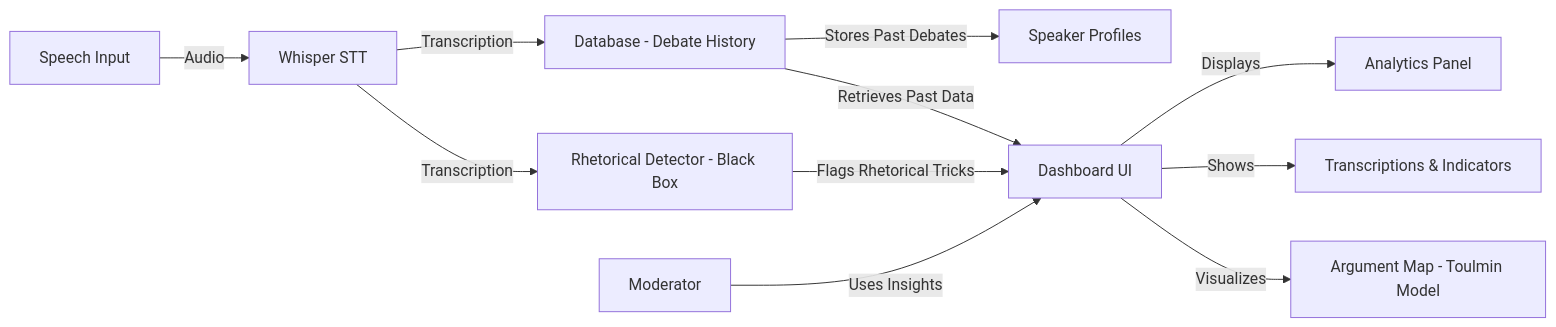
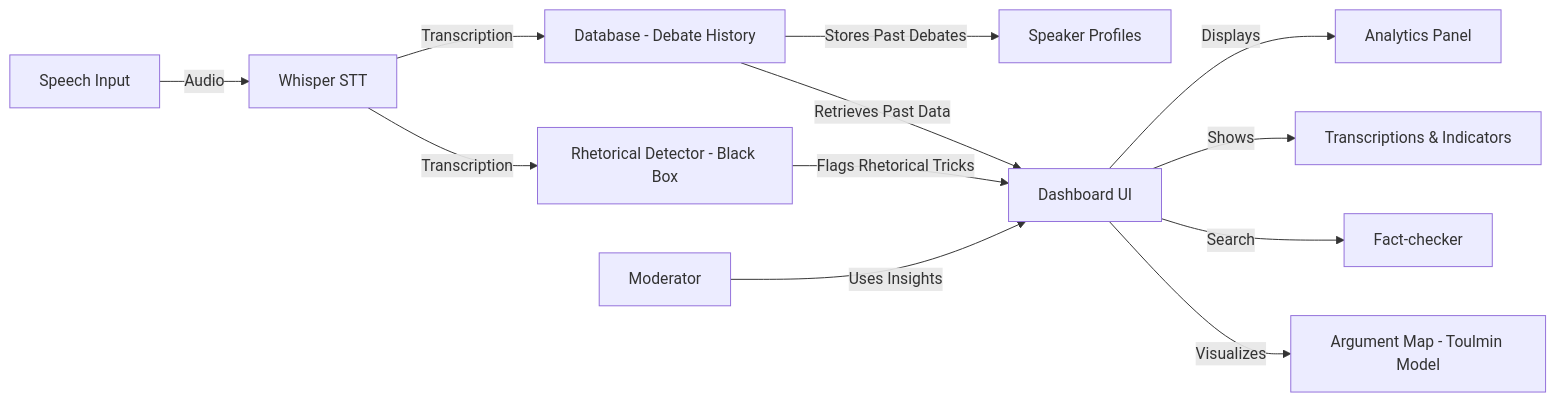
Before and after one commit to jayant-yadav/TruthSeeker: the second of 2 diagrams in README.md, drawn with Mermaid.

Commit message:
adding fact checker to sys design

````diff
--- a/README.md
+++ b/README.md
@@ -16,13 +16,14 @@
 ```mermaid
 graph LR
     A[Speech Input] -->|Audio| B[Whisper STT]
     B -->|Transcription| C[Database - Debate History]
     C -->|Stores Past Debates| D[Speaker Profiles]
     B -->|Transcription| E[Rhetorical Detector - Black Box]
     E -->|Flags Rhetorical Tricks| F[Dashboard UI]
     C -->|Retrieves Past Data| F
     F -->|Displays| G[Analytics Panel]
     F -->|Shows| H[Transcriptions & Indicators]
-    F -->|Visualizes| I[Argument Map - Toulmin Model]
-    J[Moderator] -->|Uses Insights| F
+    F -->|Search| I[Fact-checker]
+    F -->|Visualizes| J[Argument Map - Toulmin Model]
+    K[Moderator] -->|Uses Insights| F
 ```
````
